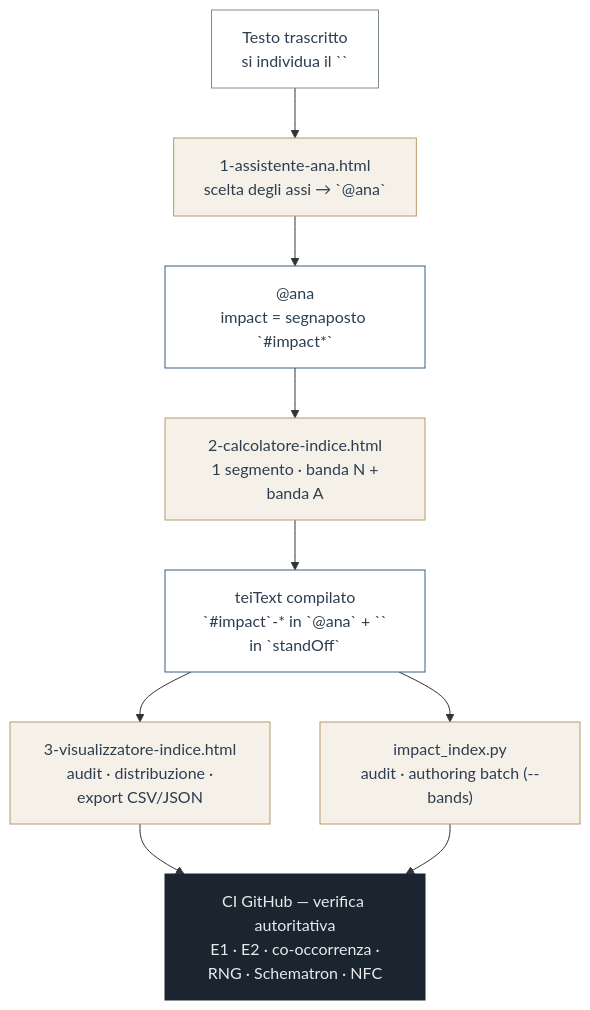
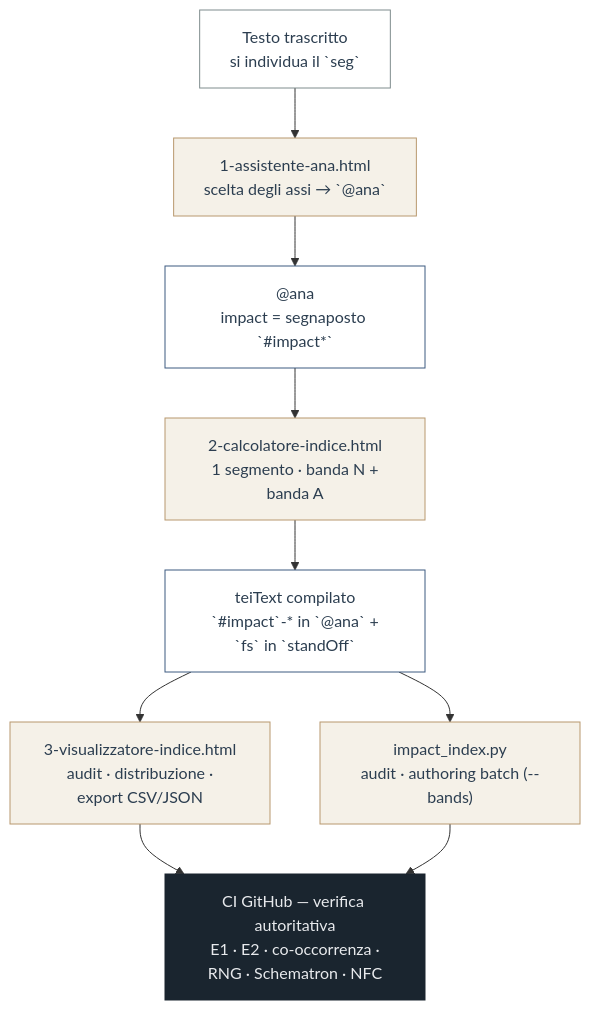
The diagram in tools/README.md (luciano-longo77/castello-anima-TEI-IA), drawn with Mermaid before and after one commit.

````diff
--- a/tools/README.md
+++ b/tools/README.md
@@ -18,16 +18,16 @@
 ```mermaid
 flowchart TD
-    A["Testo trascritto<br/> si individua il `<seg>`"]:::step --> B["1-assistente-ana.html<br/>scelta degli assi → `@ana`"]:::tool
+    A["Testo trascritto<br/> si individua il `seg`"]:::step --> B["1-assistente-ana.html<br/>scelta degli assi → `@ana`"]:::tool
     B --> C["@ana<br/>impact = segnaposto `#impact*`"]:::data
     C --> D["2-calcolatore-indice.html<br/> 1 segmento · banda N + banda A"]:::tool
-    D --> F["teiText compilato<br/> `#impact`-* in `@ana` + `<fs>` in `standOff`"]:::data
+    D --> F["teiText compilato<br/> `#impact`-* in `@ana` + `fs` in `standOff`"]:::data
     F --> G["3-visualizzatore-indice.html<br/> audit · distribuzione · export CSV/JSON"]:::tool
     F --> H["impact_index.py<br/>audit · authoring batch (--bands)"]:::tool
     G --> I["CI GitHub — verifica autoritativa<br/> E1 · E2 · co-occorrenza · RNG · Schematron · NFC"]:::ci
     H --> I
 
     classDef step fill:#ffffff,stroke:#7f8c8d,color:#2c3e50;
     classDef tool fill:#f5f1e8,stroke:#b8986e,color:#2c3e50;
     classDef data fill:#ffffff,stroke:#3d5a80,color:#2c3e50;
     classDef ci fill:#1a252f,stroke:#1a252f,color:#e8eaed;
 ```
````
